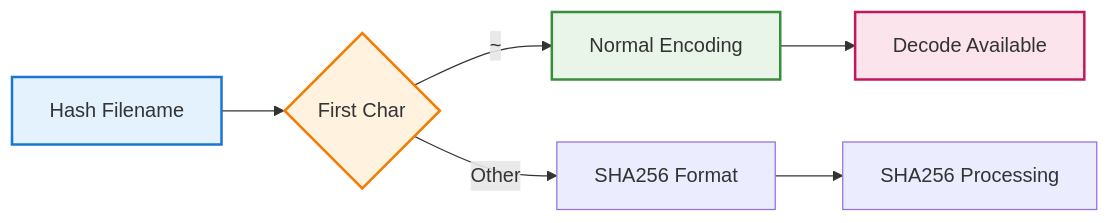
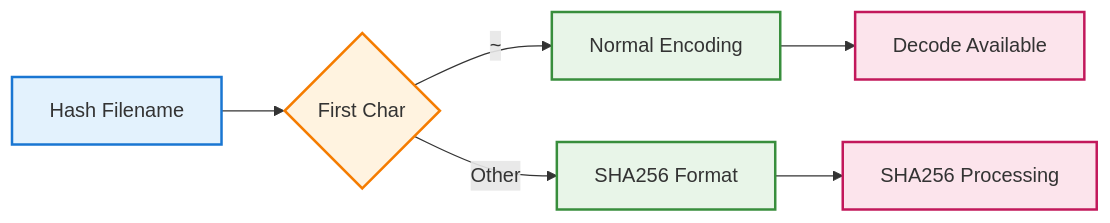
One commit to isseis/go-safe-cmd-runner changed the fourth of 5 diagrams in docs/tasks/0023_hybrid_hash_filename_encoding/02_architecture.md. Above: the diagram before and after it, drawn with Mermaid. The commit also changed other lines of this file and 2 other files, not shown here.

Commit message:
Refine hybrid hash filename encoding documentation and specifications
- Clarify substitution and escape operations order in encoding process
- Update Decode method signature to return error for better error handling
- Fix performance requirement from FILE_MAX to NAME_MAX character limit
- Correct Chinese character typo in compression algorithm section
- Remove unused seenEncodings variable from property test function

````diff
--- a/docs/tasks/0023_hybrid_hash_filename_encoding/02_architecture.md
+++ b/docs/tasks/0023_hybrid_hash_filename_encoding/02_architecture.md
@@ -294,23 +294,20 @@
 ```mermaid
 flowchart LR
     FILE[Hash Filename] --> CHECK{First Char}
 
     CHECK -->|"`~`"| NORMAL[Normal Encoding]
     CHECK -->|Other| SHA256_FORMAT[SHA256 Format]
 
     NORMAL --> DECODE_N[Decode Available]
     SHA256_FORMAT --> DECODE_S[SHA256 Processing]
 
     classDef inputNode fill:#e3f2fd,stroke:#1976d2,stroke-width:2px
     classDef decisionNode fill:#fff3e0,stroke:#f57c00,stroke-width:2px
     classDef formatNode fill:#e8f5e8,stroke:#388e3c,stroke-width:2px
     classDef resultNode fill:#fce4ec,stroke:#c2185b,stroke-width:2px
 
     class FILE inputNode
     class CHECK decisionNode
-    class NORMAL formatNode
-    class LEGACY formatNode
-    class DECODE_N resultNode
-    class DECODE_F resultNode
-    class DECODE_L resultNode
+    class NORMAL,SHA256_FORMAT formatNode
+    class DECODE_N,DECODE_S resultNode
 ```
````
